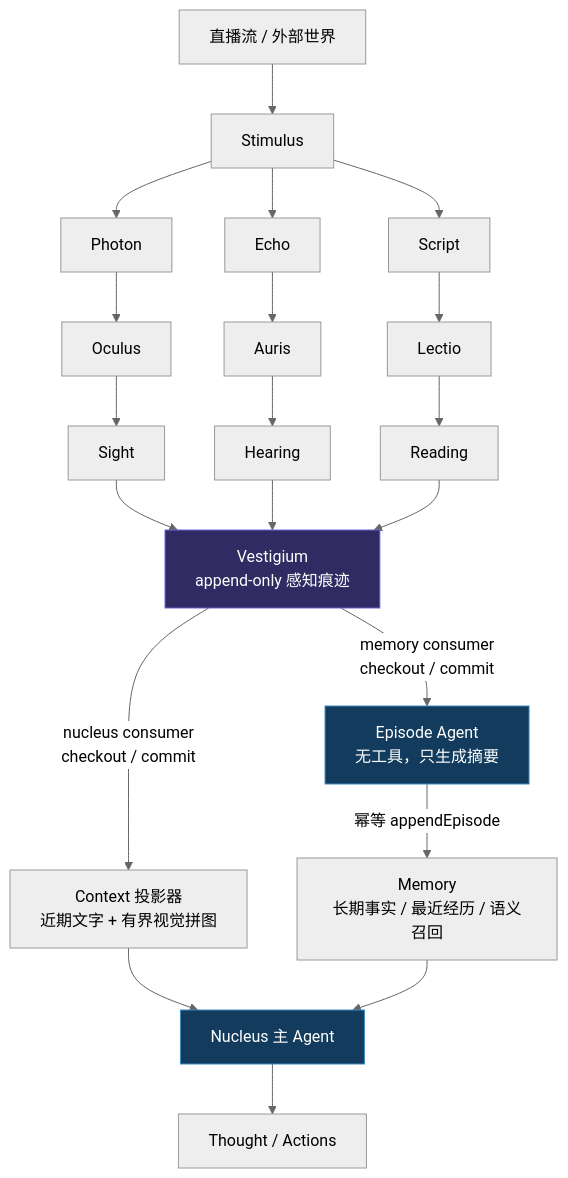
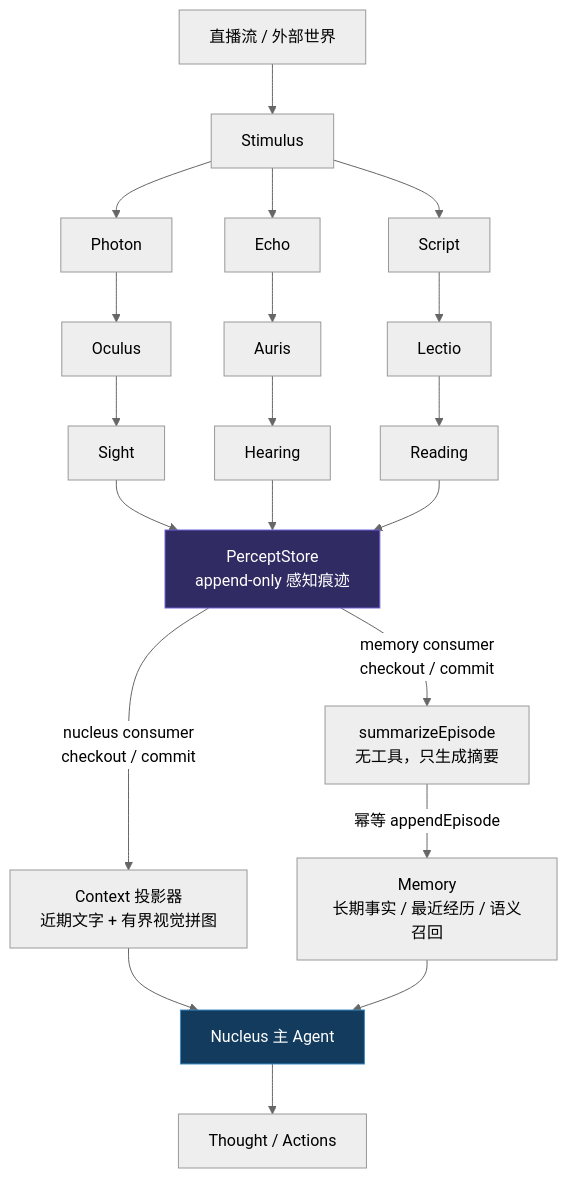
The first of 2 diagrams in README.md (YanChenBai/ciel), drawn with Mermaid (neutral theme) before and after one commit. The commit also changed other lines of this file and 33 other files, not shown here.

Commit message:
refactor(core): restructure perception and memory flow

````diff
--- a/README.md
+++ b/README.md
@@ -62,29 +62,29 @@
 ```mermaid
 flowchart TD
   World["直播流 / 外部世界"] --> Stimulus["Stimulus"]
 
   Stimulus --> Photon
   Stimulus --> Echo
   Stimulus --> Script
 
   Photon --> Oculus --> Sight
   Echo --> Auris --> Hearing
   Script --> Lectio --> Reading
 
-  Sight --> Vestigium["Vestigium<br/>append-only 感知痕迹"]
-  Hearing --> Vestigium
-  Reading --> Vestigium
+  Sight --> PerceptStore["PerceptStore<br/>append-only 感知痕迹"]
+  Hearing --> PerceptStore
+  Reading --> PerceptStore
 
-  Vestigium -->|"nucleus consumer<br/>checkout / commit"| Projector["Context 投影器<br/>近期文字 + 有界视觉拼图"]
+  PerceptStore -->|"nucleus consumer<br/>checkout / commit"| Projector["Context 投影器<br/>近期文字 + 有界视觉拼图"]
   Projector --> Nucleus["Nucleus 主 Agent"]
   Memory["Memory<br/>长期事实 / 最近经历 / 语义召回"] --> Nucleus
   Nucleus --> Thought["Thought / Actions"]
 
-  Vestigium -->|"memory consumer<br/>checkout / commit"| EpisodeAgent["Episode Agent<br/>无工具，只生成摘要"]
-  EpisodeAgent -->|"幂等 appendEpisode"| Memory
+  PerceptStore -->|"memory consumer<br/>checkout / commit"| Summarizer["summarizeEpisode<br/>无工具，只生成摘要"]
+  Summarizer -->|"幂等 appendEpisode"| Memory
 
   classDef journal fill:#302b63,color:#fff,stroke:#6f63d9;
   classDef agent fill:#123b5d,color:#fff,stroke:#3e8cc4;
-  class Vestigium journal;
-  class Nucleus,EpisodeAgent agent;
+  class PerceptStore journal;
+  class Nucleus agent;
 ```
````
